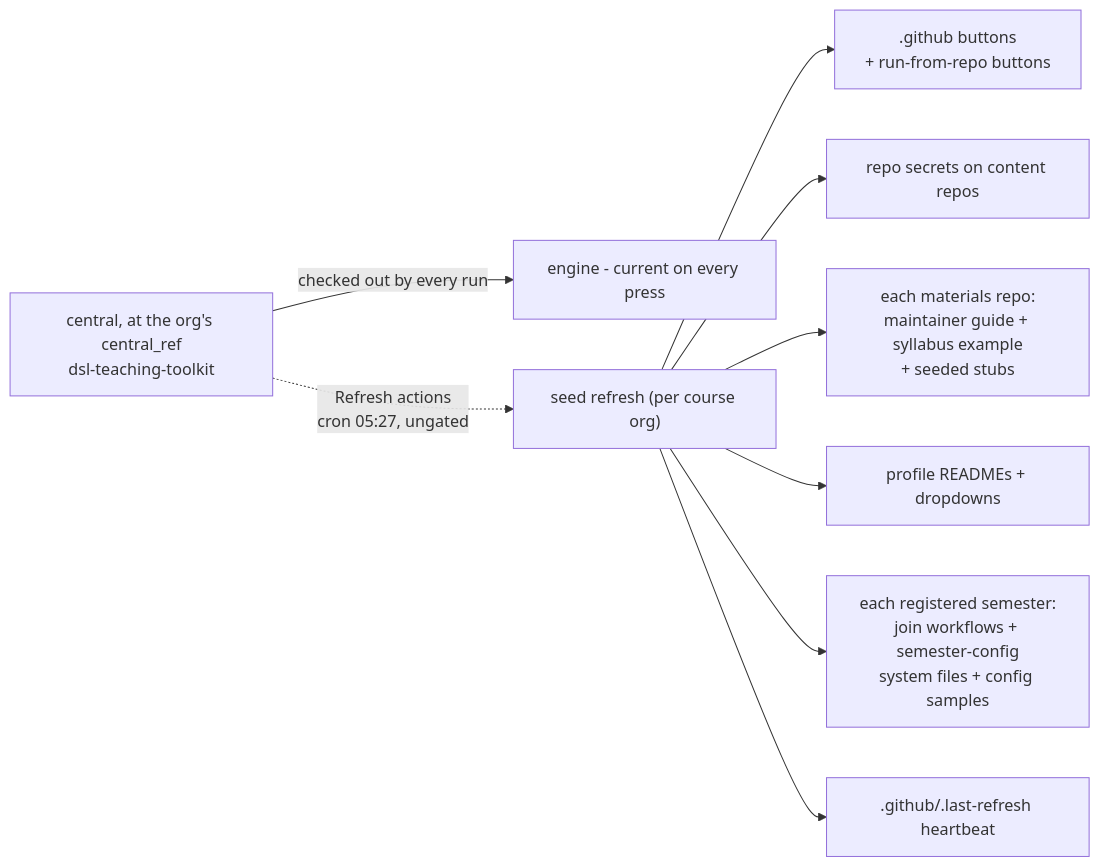
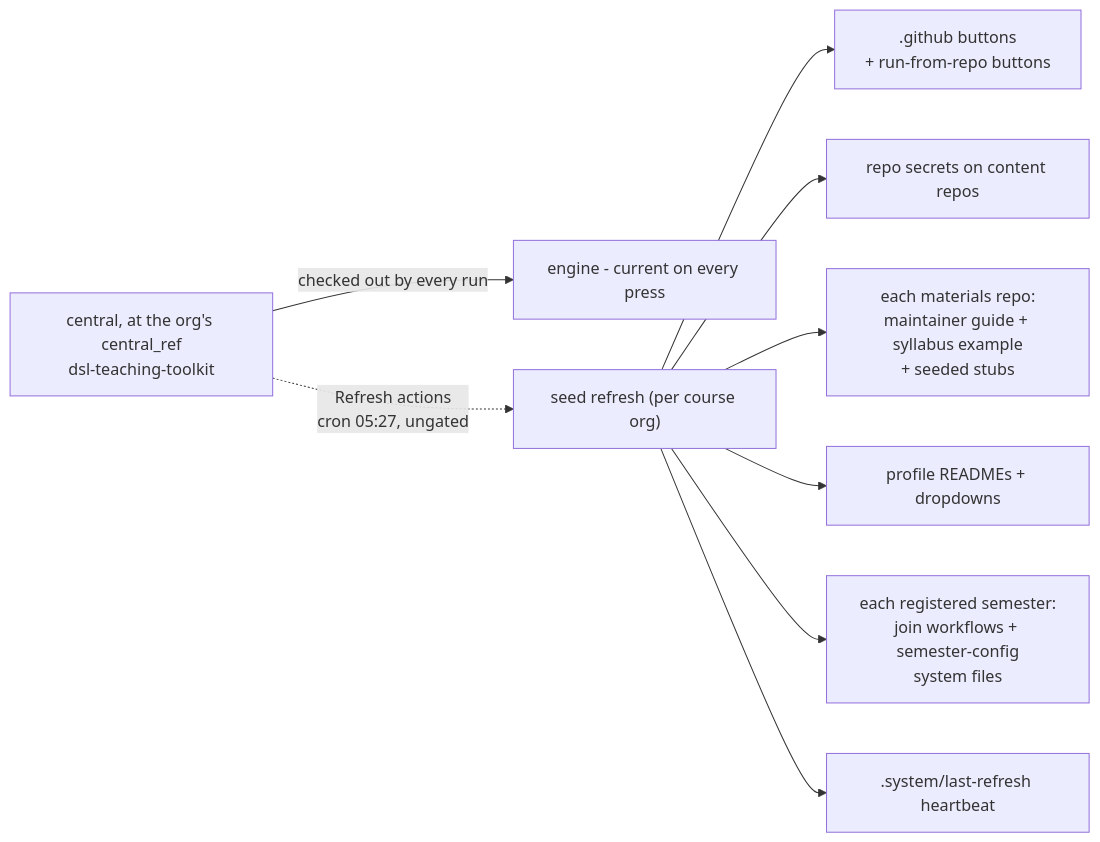
One commit to hertie-data-science-lab/dsl-teaching-toolkit changed the eighth of 10 diagrams in docs-admin-arch/architecture.md. Above: the diagram before and after it, drawn with Mermaid. The commit also changed other lines of this file and 48 other files, not shown here.

````diff
--- a/docs-admin-arch/architecture.md
+++ b/docs-admin-arch/architecture.md
@@ -479,19 +481,19 @@
 ```mermaid
 flowchart LR
   c["`central, at the org's central_ref
 dsl-teaching-toolkit`"]
   c -->|"checked out by every run"| eng["engine - current on every press"]
   c -.->|"`Refresh actions
 cron 05:27, ungated`"| sr["seed refresh (per course org)"]
   sr --> w["`.github buttons
 + run-from-repo buttons`"]
   sr --> sec["repo secrets on content repos"]
   sr --> sys["`each materials repo:
 maintainer guide + syllabus example
 + seeded stubs`"]
   sr --> pr["profile READMEs + dropdowns"]
   sr --> coh["`each registered semester:
 join workflows + semester-config
-system files + config samples`"]
-  sr --> hb[".github/.last-refresh heartbeat"]
+system files`"]
+  sr --> hb[".system/last-refresh heartbeat"]
 ```
````
